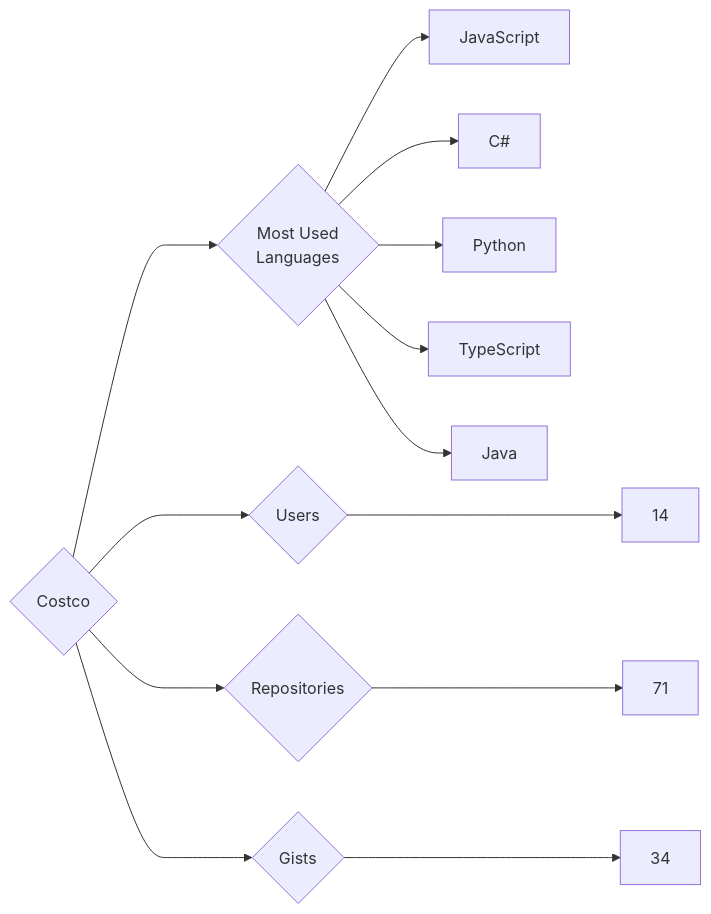
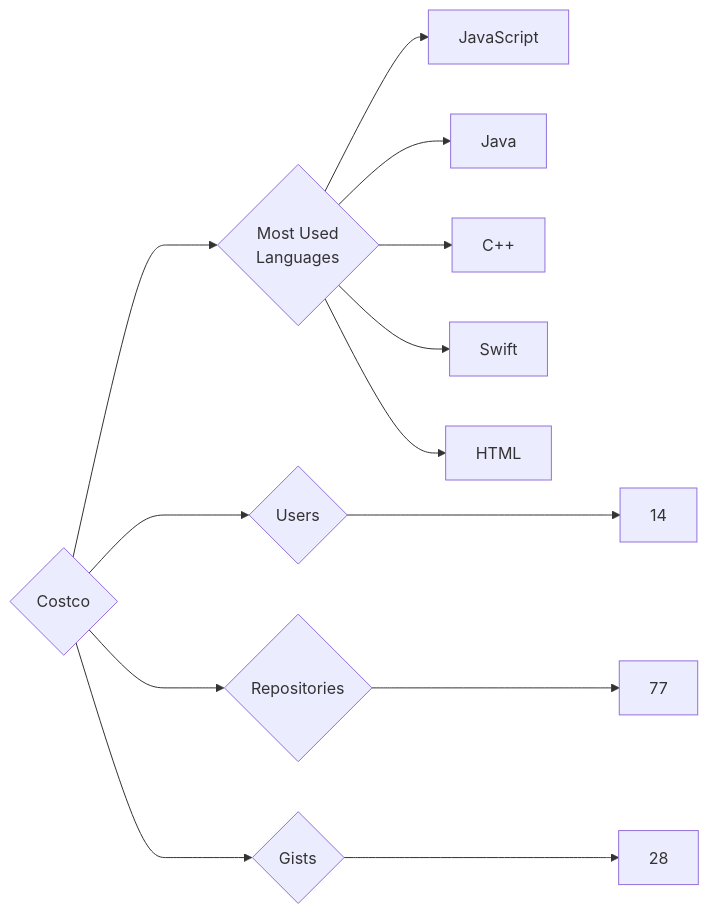
The diagram in targets/Costco/README.md (trickest/insiders), drawn with Mermaid before and after one commit. The commit also changed 777 other files, not shown here.

````diff
--- a/targets/Costco/README.md
+++ b/targets/Costco/README.md
@@ -3,13 +3,13 @@
 ```mermaid
 graph LR
 COMPANY_NAME{Costco}
 COMPANY_NAME ---> U{Users} ---> UN[14]
-COMPANY_NAME ---> R{Repositories} ---> RN[71]
-COMPANY_NAME ---> G{Gists} ---> GN[34]
+COMPANY_NAME ---> R{Repositories} ---> RN[77]
+COMPANY_NAME ---> G{Gists} ---> GN[28]
 COMPANY_NAME ---> ML{Most Used<br>Languages}
 ML --> JavaScript[JavaScript]
-ML --> C#[C#]
-ML --> Python[Python]
-ML --> TypeScript[TypeScript]
 ML --> Java[Java]
+ML --> C++[C++]
+ML --> Swift[Swift]
+ML --> HTML[HTML]
 ```
````
